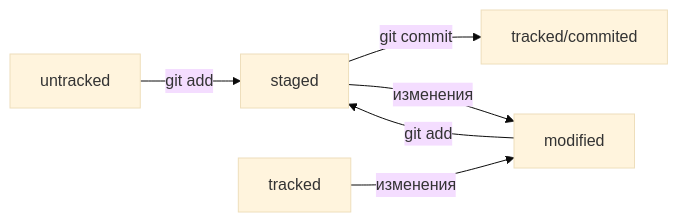
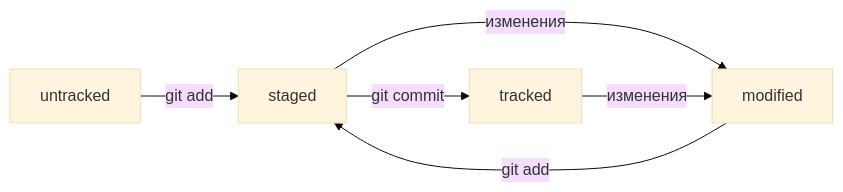
The diagram in README.md (PetrIgnatov/GitAdviser), drawn with Mermaid (base theme) before and after one commit.

Commit message:
Окончательно исправил данные о статусах файлов

````diff
--- a/README.md
+++ b/README.md
@@ -23,8 +23,8 @@
 ```mermaid
 graph LR;
     untracked -- "git add" --> staged
-    staged -- "git commit" --> tracked/commited
+    staged -- "git commit" --> tracked
     staged -- "изменения"  --> modified
     tracked -- "изменения" --> modified
     modified -- "git add"  --> staged
 ```
````
